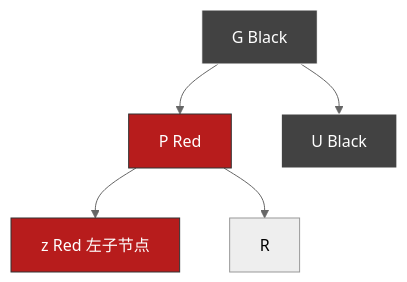
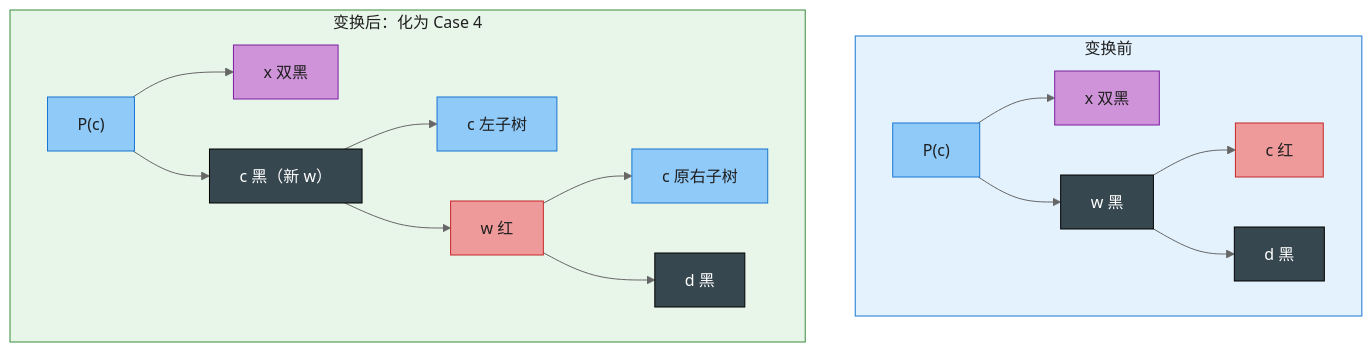
One commit to socoo123/book_reading changed diagram 11 of 13 in IntroductionToAlgorithms/Chapter13_红黑树_深度版.md. Above: the diagram before and after it, drawn with Mermaid (neutral theme). The commit also changed other lines of this file and 30 other files, not shown here.

````diff
--- a/IntroductionToAlgorithms/Chapter13_红黑树_深度版.md
+++ b/IntroductionToAlgorithms/Chapter13_红黑树_深度版.md
@@ -549,12 +454,29 @@
 ```mermaid
-flowchart TD
-    G["G Black"] --> P["P Red"]
-    G --> U["U Black"]
-    P --> z["z Red 左子节点"]
-    P --> R["R"]
-
-    style G fill:#424242,stroke:#fff,color:#fff
-    style P fill:#b71c1c,stroke:#333,color:#fff
-    style U fill:#424242,stroke:#fff,color:#fff
-    style z fill:#b71c1c,stroke:#333,color:#fff
+graph TD
+    subgraph S1["变换前"]
+      p1["P(c)"] --> x1["x 双黑"]
+      p1 --> w1["w 黑"]
+      w1 --> c1["c 红"]
+      w1 --> d1["d 黑"]
+    end
+    subgraph S2["变换后：化为 Case 4"]
+      p2["P(c)"] --> x2["x 双黑"]
+      p2 --> c2["c 黑（新 w）"]
+      c2 --> lc2["c 左子树"]
+      c2 --> w2["w 红"]
+      w2 --> lw2["c 原右子树"]
+      w2 --> d2["d 黑"]
+    end
+    style S1 fill:#E3F2FD,stroke:#1976D2,color:#1f1f1f
+    style S2 fill:#E8F5E9,stroke:#388E3C,color:#1f1f1f
+    classDef B fill:#37474F,stroke:#000,color:#fff
+    classDef R fill:#EF9A9A,stroke:#C62828,color:#1f1f1f
+    classDef C fill:#90CAF9,stroke:#1976D2,color:#1f1f1f
+    classDef XX fill:#CE93D8,stroke:#7B1FA2,color:#1f1f1f
+    classDef SUB fill:#90CAF9,stroke:#1976D2,color:#1f1f1f
+    class p1,p2 C
+    class x1,x2 XX
+    class c1,w2 R
+    class w1,d1,c2,d2 B
+    class lc2,lw2 SUB
 ```
````
